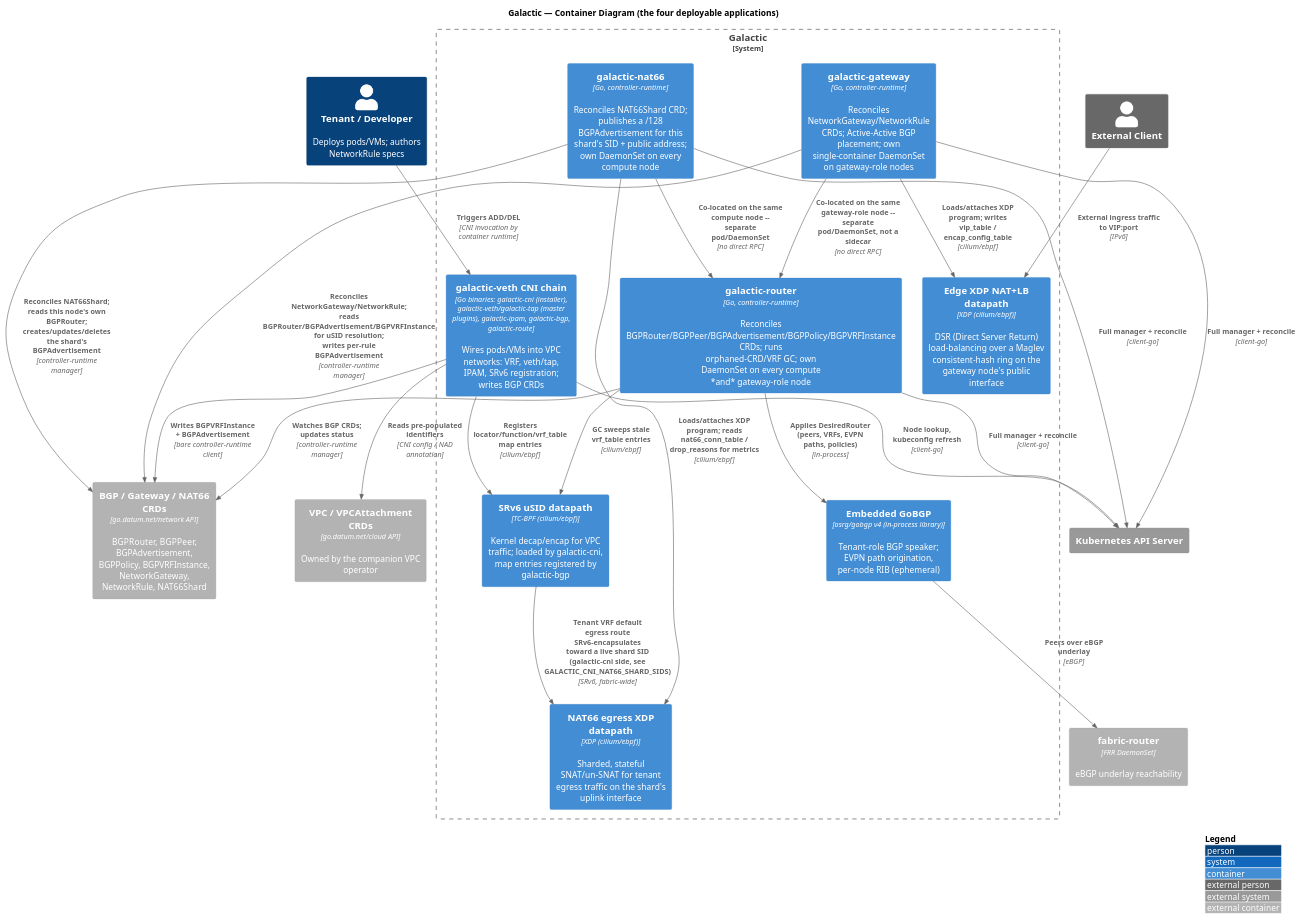
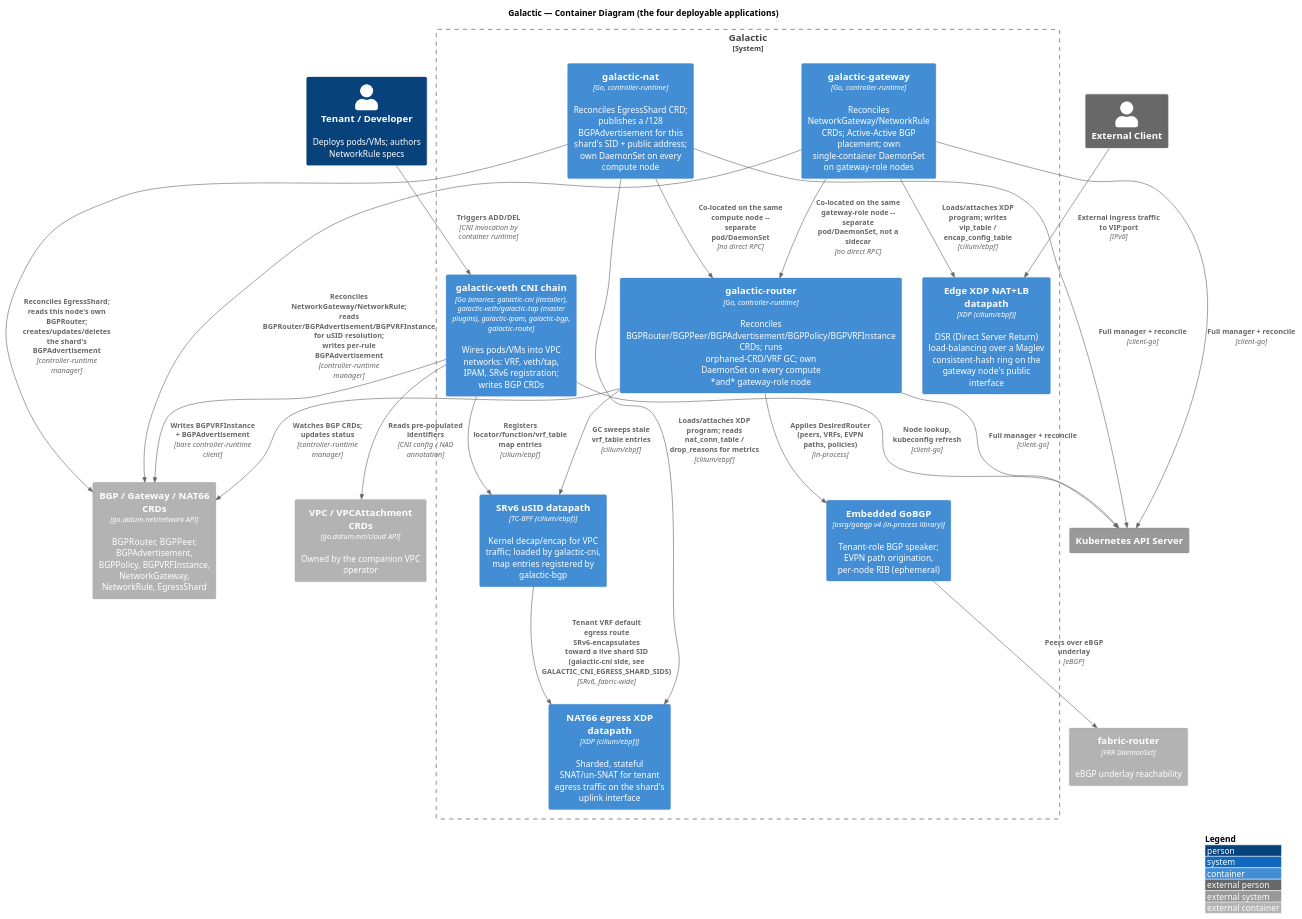
Before and after one commit to datum-cloud/galactic: the diagram in docs/architecture/containers.puml, drawn with PlantUML. The commit also changed 40 other files, not shown here.

First line of the commit message:
chore(nat): Rename deployment assets, docs, and lab overlay to galactic-nat

```diff
--- a/docs/architecture/containers.puml
+++ b/docs/architecture/containers.puml
@@ -1,59 +1,59 @@
 @startuml containers
 !include https://raw.githubusercontent.com/plantuml-stdlib/C4-PlantUML/master/C4_Container.puml
 
 LAYOUT_WITH_LEGEND()
 
 title Galactic — Container Diagram (the four deployable applications)
 
 Person(tenant, "Tenant / Developer", "Deploys pods/VMs; authors NetworkRule specs")
 Person_Ext(client, "External Client")
 
 System_Boundary(galactic, "Galactic") {
     Container(cnichain, "galactic-veth CNI chain", "Go binaries: galactic-cni (installer), galactic-veth/galactic-tap (master plugins), galactic-ipam, galactic-bgp, galactic-route", "Wires pods/VMs into VPC networks: VRF, veth/tap, IPAM, SRv6 registration; writes BGP CRDs")
     Container(usidbpf, "SRv6 uSID datapath", "TC-BPF (cilium/ebpf)", "Kernel decap/encap for VPC traffic; loaded by galactic-cni, map entries registered by galactic-bgp")
 
     Container(router, "galactic-router", "Go, controller-runtime", "Reconciles BGPRouter/BGPPeer/BGPAdvertisement/BGPPolicy/BGPVRFInstance CRDs; runs orphaned-CRD/VRF GC; own DaemonSet on every compute *and* gateway-role node")
     Container(gobgp, "Embedded GoBGP", "osrg/gobgp v4 (in-process library)", "Tenant-role BGP speaker; EVPN path origination, per-node RIB (ephemeral)")
 
     Container(gateway, "galactic-gateway", "Go, controller-runtime", "Reconciles NetworkGateway/NetworkRule CRDs; Active-Active BGP placement; own single-container DaemonSet on gateway-role nodes")
     Container(edgebpf, "Edge XDP NAT+LB datapath", "XDP (cilium/ebpf)", "DSR (Direct Server Return) load-balancing over a Maglev consistent-hash ring on the gateway node's public interface")
 
-    Container(nat66, "galactic-nat66", "Go, controller-runtime", "Reconciles NAT66Shard CRD; publishes a /128 BGPAdvertisement for this shard's SID + public address; own DaemonSet on every compute node")
+    Container(nat66, "galactic-nat", "Go, controller-runtime", "Reconciles EgressShard CRD; publishes a /128 BGPAdvertisement for this shard's SID + public address; own DaemonSet on every compute node")
     Container(nat66bpf, "NAT66 egress XDP datapath", "XDP (cilium/ebpf)", "Sharded, stateful SNAT/un-SNAT for tenant egress traffic on the shard's uplink interface")
 }
 
-Container_Ext(crds, "BGP / Gateway / NAT66 CRDs", "go.datum.net/network API", "BGPRouter, BGPPeer, BGPAdvertisement, BGPPolicy, BGPVRFInstance, NetworkGateway, NetworkRule, NAT66Shard")
+Container_Ext(crds, "BGP / Gateway / NAT66 CRDs", "go.datum.net/network API", "BGPRouter, BGPPeer, BGPAdvertisement, BGPPolicy, BGPVRFInstance, NetworkGateway, NetworkRule, EgressShard")
 Container_Ext(vpccrds, "VPC / VPCAttachment CRDs", "go.datum.net/cloud API", "Owned by the companion VPC operator")
 Container_Ext(fabric, "fabric-router", "FRR DaemonSet", "eBGP underlay reachability")
 System_Ext(k8sapi, "Kubernetes API Server")
 
 ' CNI chain internals
 Rel(tenant, cnichain, "Triggers ADD/DEL", "CNI invocation by container runtime")
 Rel(cnichain, vpccrds, "Reads pre-populated identifiers", "CNI config / NAD annotation")
 Rel(cnichain, crds, "Writes BGPVRFInstance + BGPAdvertisement", "bare controller-runtime client")
 Rel(cnichain, usidbpf, "Registers locator/function/vrf_table map entries", "cilium/ebpf")
 
 ' Router internals
 Rel(router, crds, "Watches BGP CRDs; updates status", "controller-runtime manager")
 Rel(router, gobgp, "Applies DesiredRouter (peers, VRFs, EVPN paths, policies)", "in-process")
 Rel(router, usidbpf, "GC sweeps stale vrf_table entries", "cilium/ebpf")
 Rel(gobgp, fabric, "Peers over eBGP underlay", "eBGP")
 
 ' Gateway internals
 Rel(gateway, crds, "Reconciles NetworkGateway/NetworkRule; reads BGPRouter/BGPAdvertisement/BGPVRFInstance for uSID resolution; writes per-rule BGPAdvertisement", "controller-runtime manager")
 Rel(gateway, edgebpf, "Loads/attaches XDP program; writes vip_table / encap_config_table", "cilium/ebpf")
 Rel(client, edgebpf, "External ingress traffic to VIP:port", "IPv6")
 Rel(gateway, router, "Co-located on the same gateway-role node -- separate pod/DaemonSet, not a sidecar", "no direct RPC")
 
 ' NAT66 internals
-Rel(nat66, crds, "Reconciles NAT66Shard; reads this node's own BGPRouter; creates/updates/deletes the shard's BGPAdvertisement", "controller-runtime manager")
-Rel(nat66, nat66bpf, "Loads/attaches XDP program; reads nat66_conn_table / drop_reasons for metrics", "cilium/ebpf")
-Rel(usidbpf, nat66bpf, "Tenant VRF default egress route SRv6-encapsulates toward a live shard SID (galactic-cni side, see GALACTIC_CNI_NAT66_SHARD_SIDS)", "SRv6, fabric-wide")
+Rel(nat66, crds, "Reconciles EgressShard; reads this node's own BGPRouter; creates/updates/deletes the shard's BGPAdvertisement", "controller-runtime manager")
+Rel(nat66, nat66bpf, "Loads/attaches XDP program; reads nat_conn_table / drop_reasons for metrics", "cilium/ebpf")
+Rel(usidbpf, nat66bpf, "Tenant VRF default egress route SRv6-encapsulates toward a live shard SID (galactic-cni side, see GALACTIC_CNI_EGRESS_SHARD_SIDS)", "SRv6, fabric-wide")
 Rel(nat66, router, "Co-located on the same compute node -- separate pod/DaemonSet", "no direct RPC")
 
 Rel(cnichain, k8sapi, "Node lookup, kubeconfig refresh", "client-go")
 Rel(router, k8sapi, "Full manager + reconcile", "client-go")
 Rel(gateway, k8sapi, "Full manager + reconcile", "client-go")
 Rel(nat66, k8sapi, "Full manager + reconcile", "client-go")
 
 @enduml
```
